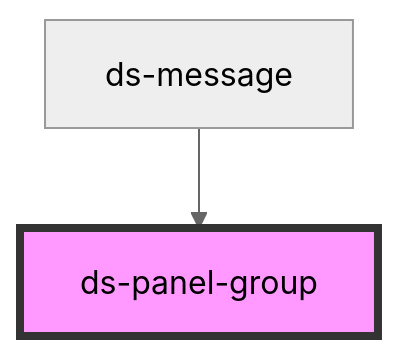
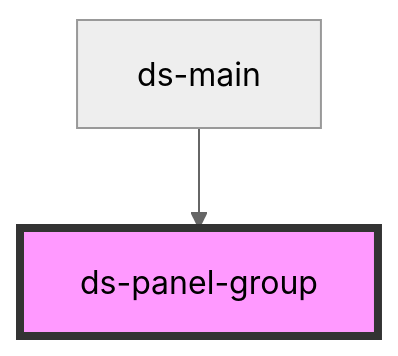
Before and after one commit to jezoock/dot-stash: the diagram in components/core/panel-group/readme.md, drawn with Mermaid (neutral theme). The commit also changed other lines of this file and 33 other files, not shown here.

````diff
--- a/components/core/panel-group/readme.md
+++ b/components/core/panel-group/readme.md
@@ -70,5 +70,5 @@
 ```mermaid
 graph TD;
-  ds-message --> ds-panel-group
+  ds-main --> ds-panel-group
   style ds-panel-group fill:#f9f,stroke:#333,stroke-width:4px
 ```
````
